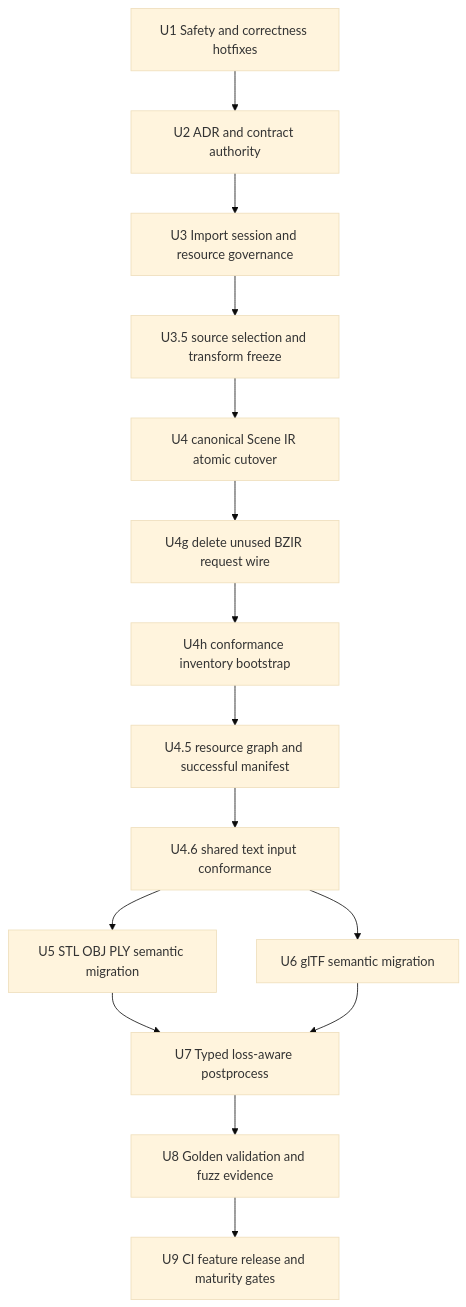
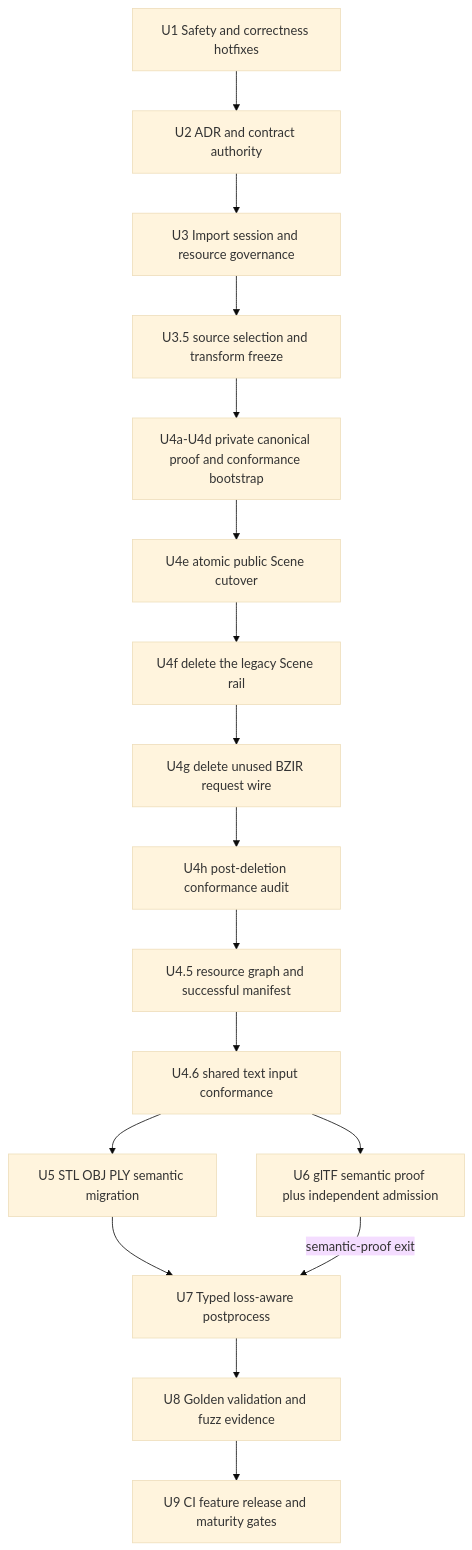
The third of 3 diagrams in docs/plans/2026-07-10-001-refactor-baozi-canonical-architecture-plan.md (Latias94/baozi), drawn with Mermaid (base theme) before and after one commit. The commit also changed other lines of this file and 18 other files, not shown here.

First line of the commit message:
docs(architecture): align canonical cutover gates

````diff
--- a/docs/plans/2026-07-10-001-refactor-baozi-canonical-architecture-plan.md
+++ b/docs/plans/2026-07-10-001-refactor-baozi-canonical-architecture-plan.md
@@ -284,17 +284,19 @@
 ```mermaid
 flowchart TB
   U1[U1 Safety and correctness hotfixes] --> U2[U2 ADR and contract authority]
   U2 --> U3[U3 Import session and resource governance]
   U3 --> U35[U3.5 source selection and transform freeze]
-  U35 --> U4[U4 canonical Scene IR atomic cutover]
-  U4 --> U4G[U4g delete unused BZIR request wire]
-  U4G --> U4H[U4h conformance inventory bootstrap]
+  U35 --> U4D[U4a-U4d private canonical proof and conformance bootstrap]
+  U4D --> U4E[U4e atomic public Scene cutover]
+  U4E --> U4F[U4f delete the legacy Scene rail]
+  U4F --> U4G[U4g delete unused BZIR request wire]
+  U4G --> U4H[U4h post-deletion conformance audit]
   U4H --> U45[U4.5 resource graph and successful manifest]
   U45 --> U46[U4.6 shared text input conformance]
   U46 --> U5[U5 STL OBJ PLY semantic migration]
-  U46 --> U6[U6 glTF semantic migration]
+  U46 --> U6[U6 glTF semantic proof plus independent admission]
   U5 --> U7[U7 Typed loss-aware postprocess]
-  U6 --> U7
+  U6 -->|semantic-proof exit| U7
   U7 --> U8[U8 Golden validation and fuzz evidence]
   U8 --> U9[U9 CI feature release and maturity gates]
 ```
````
